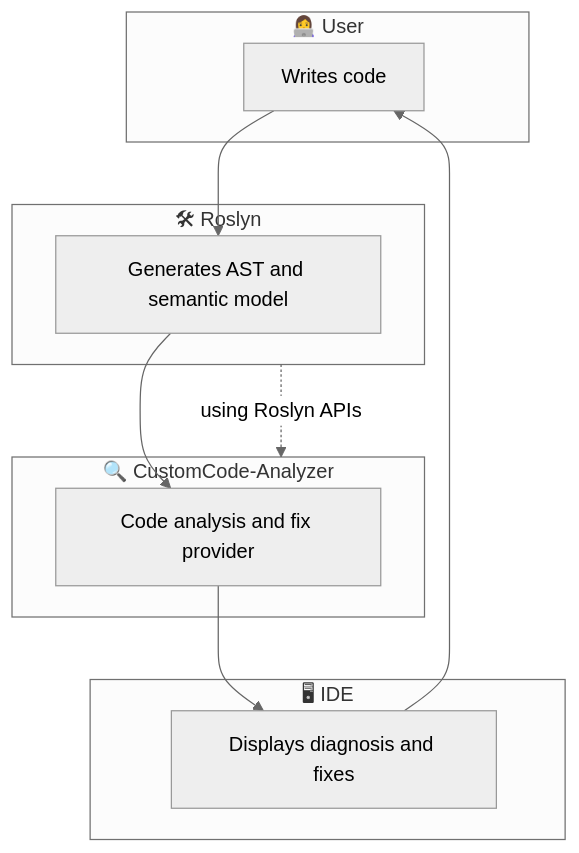
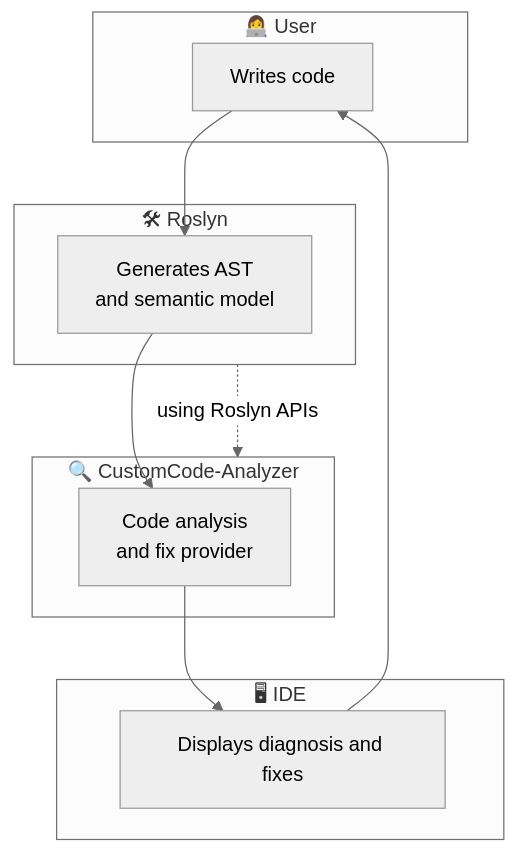
One commit to jonathanalgar/CustomCode-Analyzer changed the diagram in README.md. Above: the diagram before and after it, drawn with Mermaid (neutral theme).

Commit message:
tweak README

````diff
--- a/README.md
+++ b/README.md
@@ -27,25 +27,25 @@
 ```mermaid
 graph TB
     subgraph User["👩‍💻 User"]
         code["Writes code"]:::userArea
     end
 
     subgraph Roslyn["🛠 Roslyn"]
-        ast["Generates AST and semantic model"]:::roslyn
+        ast["Generates AST<br/>and semantic model"]:::roslyn
     end
 
     subgraph CustomCode_Analyzer["🔍 CustomCode-Analyzer"]
-        analysis["Code analysis and fix provider"]:::analyzerArea
+        analysis["Code analysis<br/>and fix provider"]:::analyzerArea
     end
 
     subgraph IDE["🖥 IDE"]
         display["Displays diagnosis and fixes"]:::ideArea
     end
 
     code --> ast
     ast --> analysis
     analysis --> display
     display --> code
 
     Roslyn -."using Roslyn APIs".-> CustomCode_Analyzer
 ```
````
